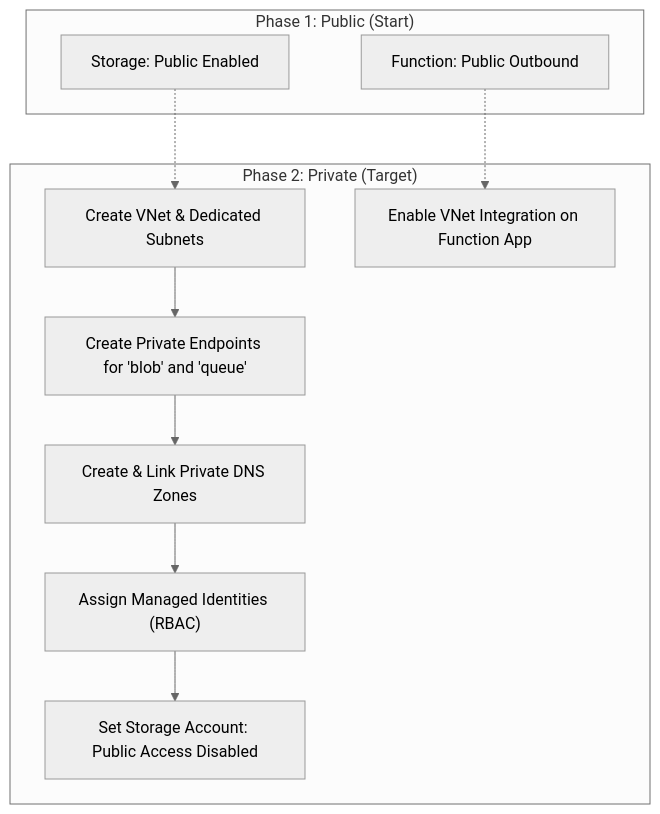
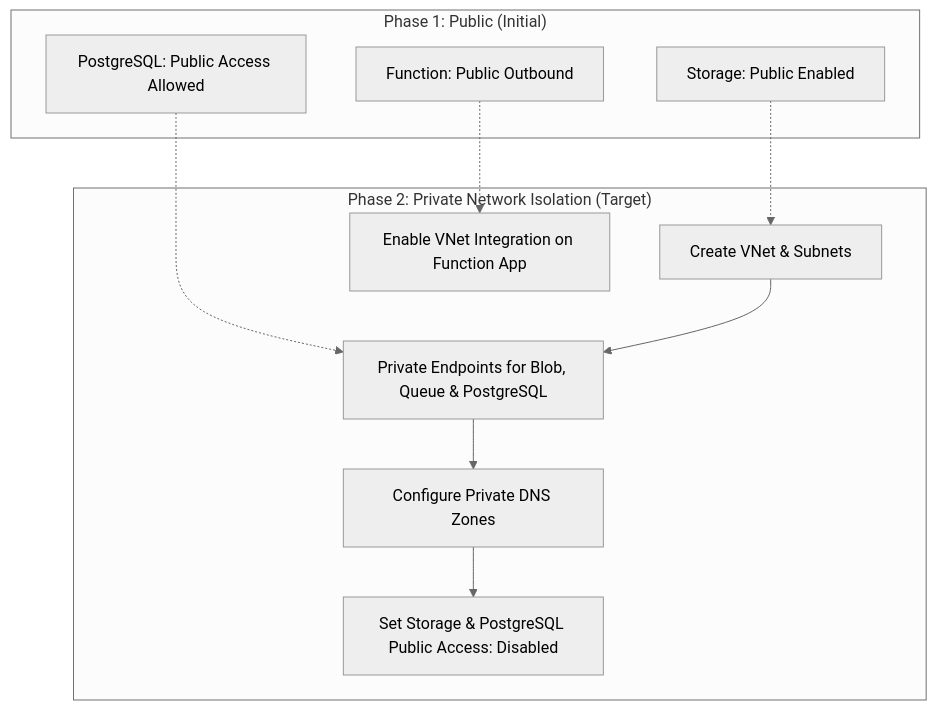
One commit to Tanusha1705/monitoring-setup-azure changed the second of 2 diagrams in README.md. Above: the diagram before and after it, drawn with Mermaid (neutral theme). The commit also changed other lines of this file and 9 other files, not shown here.

Commit message:
feat: customize pipeline for PostgreSQL analytics with streaming COPY, table schema, and private endpoints

````diff
--- a/README.md
+++ b/README.md
@@ -112,20 +146,21 @@
 ```mermaid
 flowchart TD
-    subgraph "Phase 1: Public (Start)"
+    subgraph "Phase 1: Public (Initial)"
         P1["Storage: Public Enabled"]
-        P2["Function: Public Outbound"]
+        P2["PostgreSQL: Public Access Allowed"]
+        P3["Function: Public Outbound"]
     end
 
-    subgraph "Phase 2: Private (Target)"
-        T1["Create VNet & Dedicated Subnets"]
-        T2["Create Private Endpoints for 'blob' and 'queue'"]
-        T3["Create & Link Private DNS Zones"]
+    subgraph "Phase 2: Private Network Isolation (Target)"
+        T1["Create VNet & Subnets"]
+        T2["Private Endpoints for Blob, Queue & PostgreSQL"]
+        T3["Configure Private DNS Zones"]
         T4["Enable VNet Integration on Function App"]
-        T5["Assign Managed Identities (RBAC)"]
-        T6["Set Storage Account: Public Access Disabled"]
+        T5["Set Storage & PostgreSQL Public Access: Disabled"]
     end
 
     P1 -.-> T1
-    P2 -.-> T4
-    T1 --> T2 --> T3 --> T5 --> T6
+    P2 -.-> T2
+    P3 -.-> T4
+    T1 --> T2 --> T3 --> T5
 ```
````
